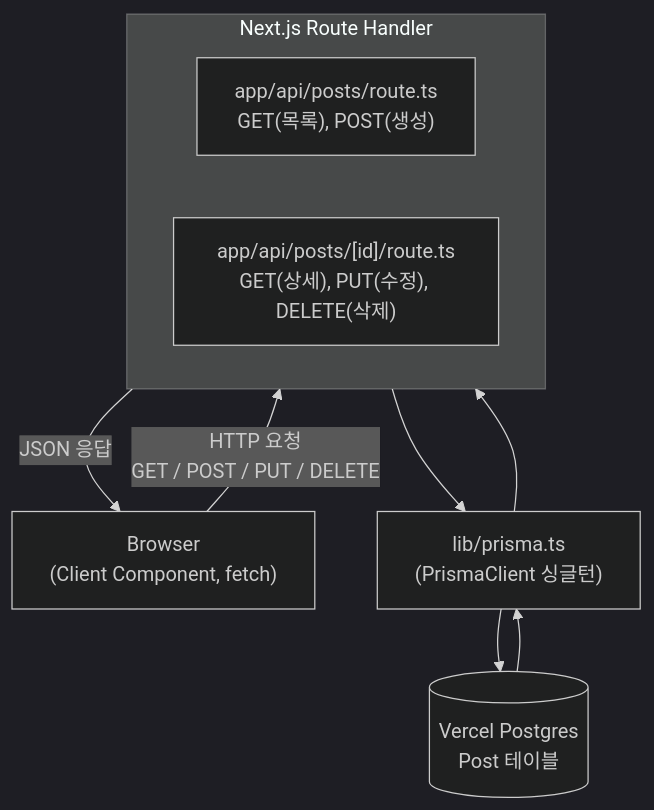
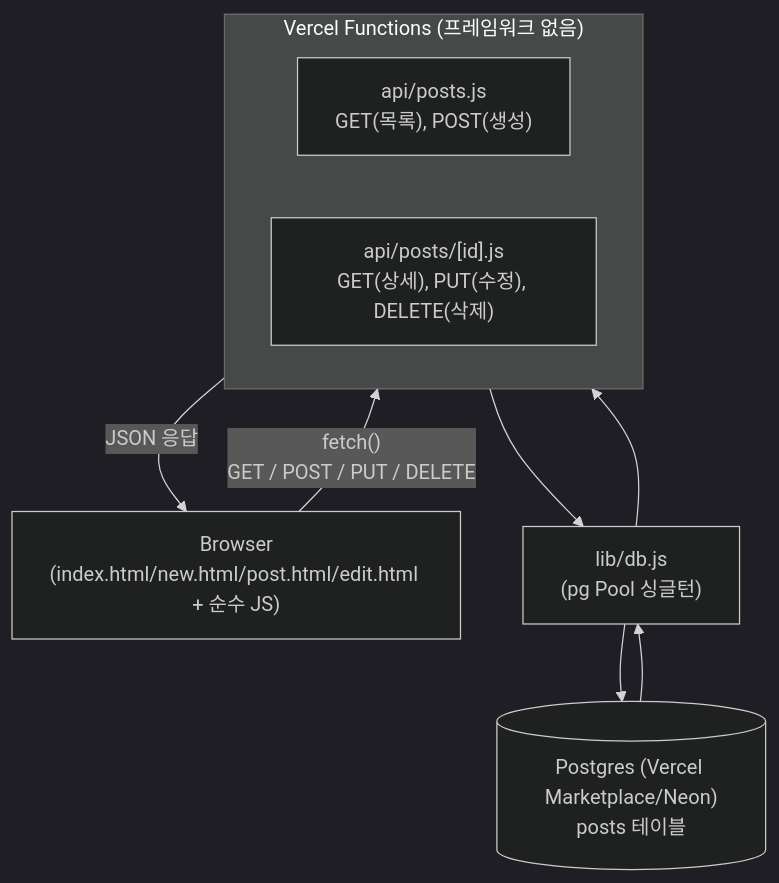
The first of 4 diagrams in docs/superpowers/specs/2026-07-28-crud-board-design.md (ghl0801/crud-board), drawn with Mermaid (dark theme) before and after one commit. The commit also changed other lines of this file and 19 other files, not shown here.

Commit message:
chore: discard Next.js scaffold, pivot to plain HTML/CSS/JS + Vercel Functions

````diff
--- a/docs/superpowers/specs/2026-07-28-crud-board-design.md
+++ b/docs/superpowers/specs/2026-07-28-crud-board-design.md
@@ -26,13 +28,13 @@
 ```mermaid
 flowchart TD
-    A["Browser<br/>(Client Component, fetch)"] -->|"HTTP 요청<br/>GET / POST / PUT / DELETE"| B
+    A["Browser<br/>(index.html/new.html/post.html/edit.html + 순수 JS)"] -->|"fetch()<br/>GET / POST / PUT / DELETE"| B
 
-    subgraph B["Next.js Route Handler"]
-        B1["app/api/posts/route.ts<br/>GET(목록), POST(생성)"]
-        B2["app/api/posts/[id]/route.ts<br/>GET(상세), PUT(수정), DELETE(삭제)"]
+    subgraph B["Vercel Functions (프레임워크 없음)"]
+        B1["api/posts.js<br/>GET(목록), POST(생성)"]
+        B2["api/posts/[id].js<br/>GET(상세), PUT(수정), DELETE(삭제)"]
     end
 
-    B --> C["lib/prisma.ts<br/>(PrismaClient 싱글턴)"]
-    C --> D[("Vercel Postgres<br/>Post 테이블")]
+    B --> C["lib/db.js<br/>(pg Pool 싱글턴)"]
+    C --> D[("Postgres (Vercel Marketplace/Neon)<br/>posts 테이블")]
     D --> C --> B -->|"JSON 응답"| A
 ```
````
